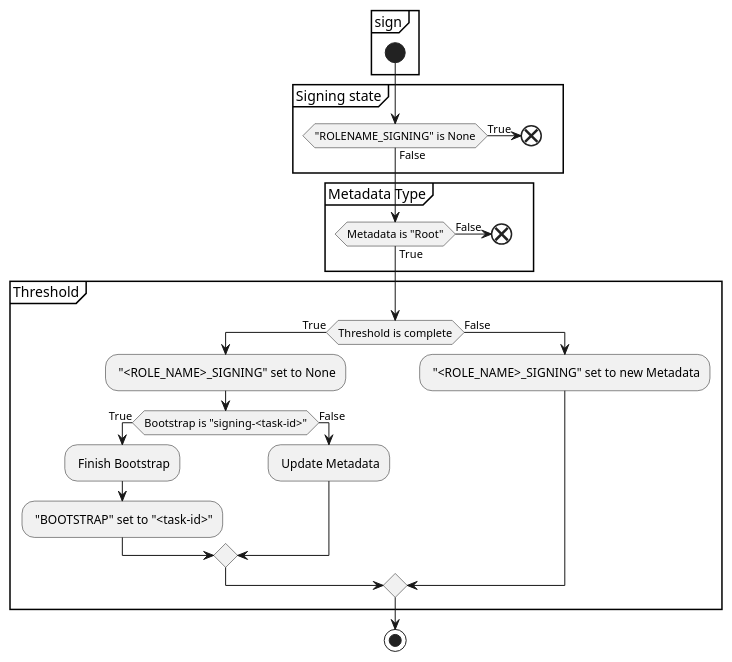
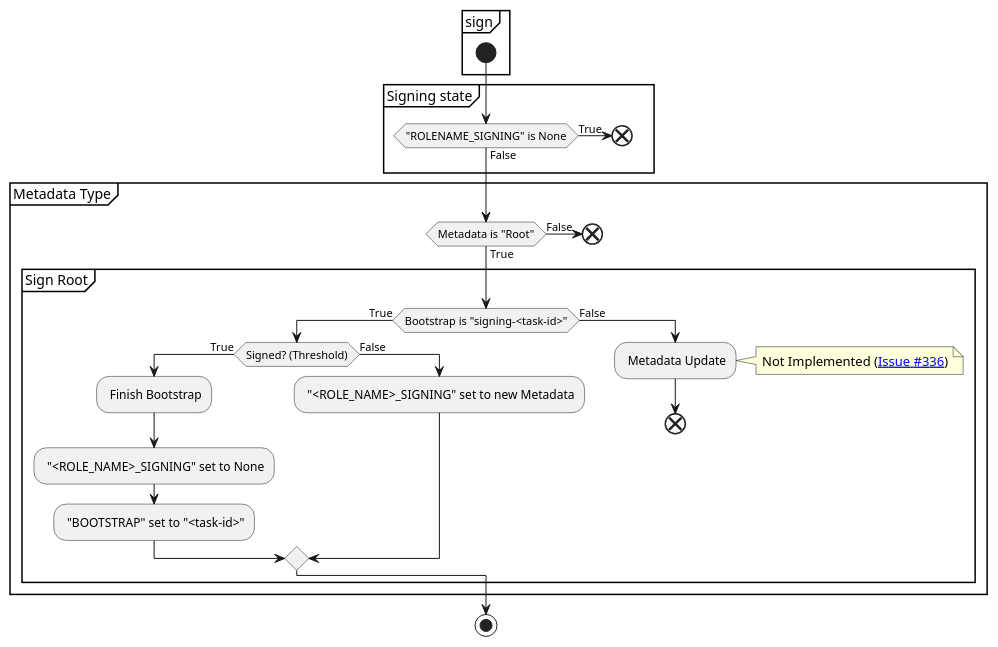
The first of 4 diagrams in docs/source/devel/index.rst (repository-service-tuf/repository-service-tuf-worker), drawn with PlantUML before and after one commit. The commit also changed other lines of this file and 2 other files, not shown here.

First line of the commit message:
Simplify bootstrap signing process

```diff
--- a/docs/source/devel/index.rst
+++ b/docs/source/devel/index.rst
@@ -38,37 +38,42 @@
 .. uml::
 
    @startuml
       partition "sign" {
          start
       }
 
       partition "Signing state" {
          if ("ROLENAME_SIGNING" is None) then (True)
             end
          else (False)
          endif
       }
 
       partition "Metadata Type" {
          if (Metadata is "Root") then (False)
             end
          else (True)
-         endif
-      }
+            partition "Sign Root" {
+               if (Bootstrap is "signing-<task-id>") then (True)
+                  if (Signed? (Threshold)) then (True)
+                     : Finish Bootstrap;
+                     : "<ROLE_NAME>_SIGNING" set to None;
+                     : "BOOTSTRAP" set to "<task-id>";
+                  else (False)
+                     : "<ROLE_NAME>_SIGNING" set to new Metadata;
+                  endif
 
-      partition "Threshold" {
-         if (Threshold is complete) then (True)
-            : "<ROLE_NAME>_SIGNING" set to None;
-            if (Bootstrap is "signing-<task-id>") then (True)
-               : Finish Bootstrap;
-               : "BOOTSTRAP" set to "<task-id>";
-            else (False)
-               : Update Metadata;
-            endif
-         else (False)
-            : "<ROLE_NAME>_SIGNING" set to new Metadata;
+               else (False)
+                  : Metadata Update;
+                  note right
+                     Not Implemented ([[https://github.com/repository-service-tuf/repository-service-tuf-worker/issues/336 Issue #336]])
+                  end note
+                  end
+               endif
+
+            }
          endif
       }
       stop
 
     @enduml
```
